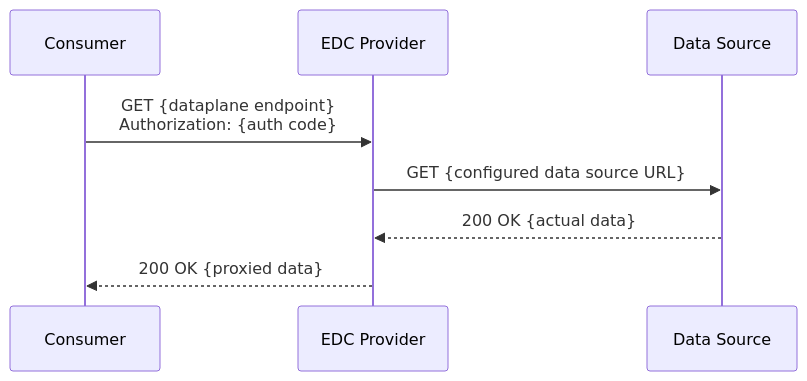
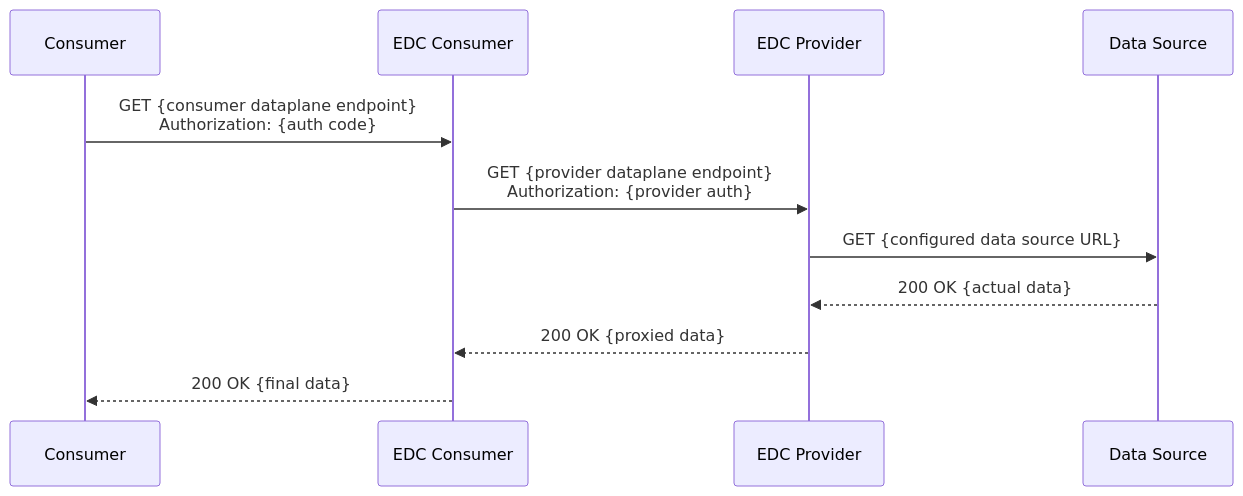
One commit to borrmann-dev/construct-x-edge-k8s changed the eighth of 8 diagrams in scripts/README.md. Above: the diagram before and after it, drawn with Mermaid.

Commit message:
diagram 8 update

````diff
--- a/scripts/README.md
+++ b/scripts/README.md
@@ -139,11 +139,14 @@
 ```mermaid
 sequenceDiagram
     participant Consumer
+    participant EDC_Consumer as EDC Consumer
     participant EDC_Provider as EDC Provider
     participant DataSource as Data Source
 
-    Consumer->>EDC_Provider: GET {dataplane endpoint}<br/>Authorization: {auth code}
+    Consumer->>EDC_Consumer: GET {consumer dataplane endpoint}<br/>Authorization: {auth code}
+    EDC_Consumer->>EDC_Provider: GET {provider dataplane endpoint}<br/>Authorization: {provider auth}
     EDC_Provider->>DataSource: GET {configured data source URL}
     DataSource-->>EDC_Provider: 200 OK {actual data}
-    EDC_Provider-->>Consumer: 200 OK {proxied data}
+    EDC_Provider-->>EDC_Consumer: 200 OK {proxied data}
+    EDC_Consumer-->>Consumer: 200 OK {final data}
 ```
````
